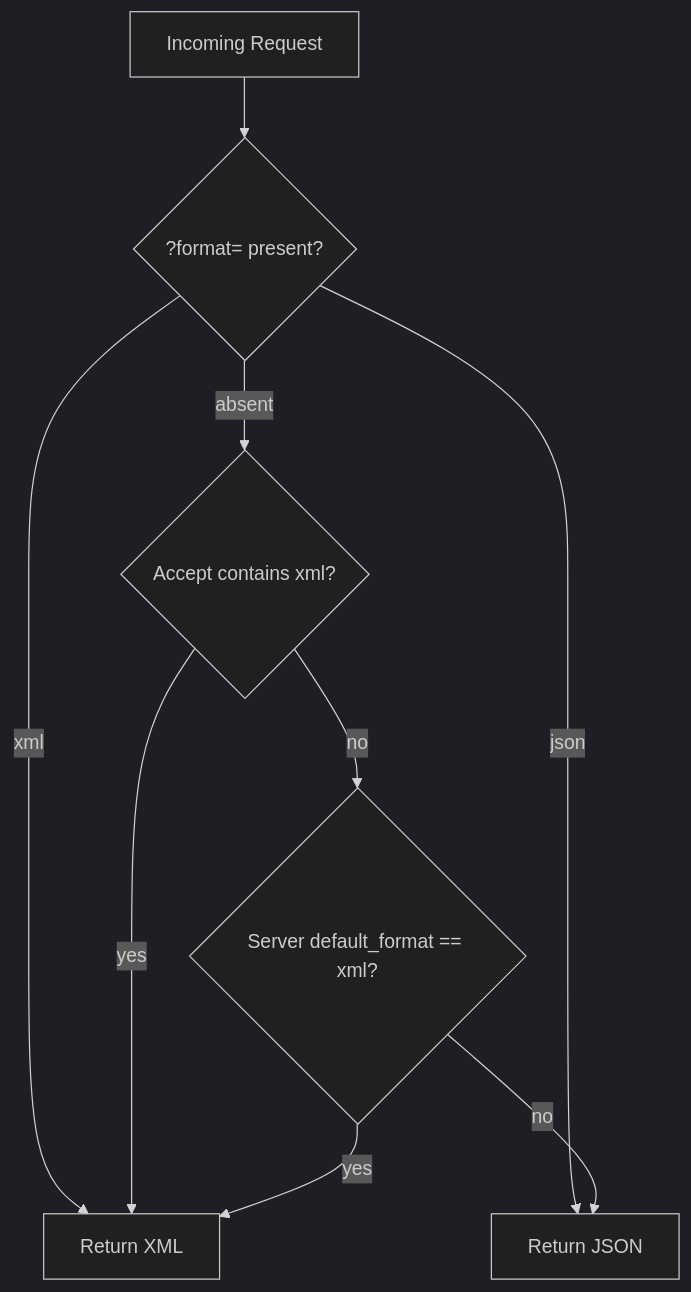
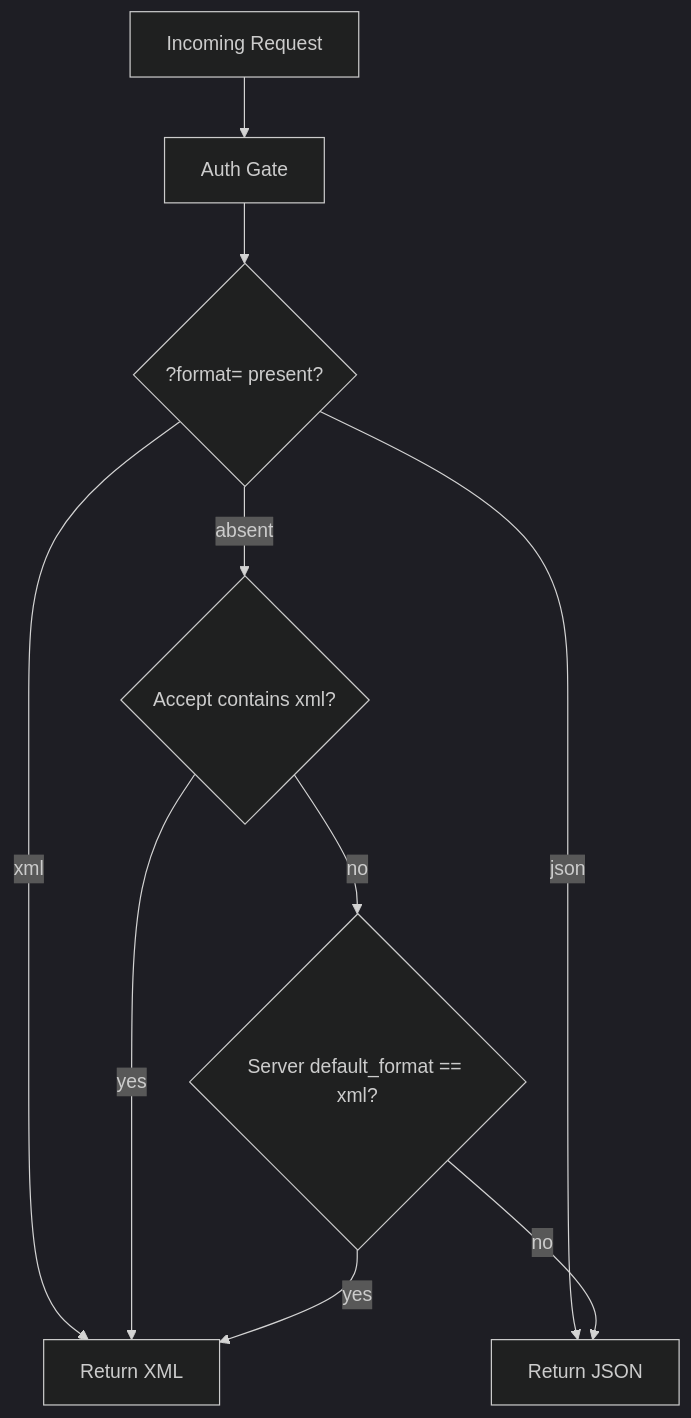
One commit to hsmbanlance/HsBaSlicer changed the sixth of 9 diagrams in .qoder/repowiki/en/content/Core Modules/REST API Server.md. Above: the diagram before and after it, drawn with Mermaid (dark theme). The commit also changed other lines of this file and 101 other files, not shown here.

````diff
--- a/.qoder/repowiki/en/content/Core Modules/REST API Server.md
+++ b/.qoder/repowiki/en/content/Core Modules/REST API Server.md
@@ -192,11 +342,12 @@
 ```mermaid
 flowchart TD
-Req["Incoming Request"] --> CheckQuery{"?format= present?"}
+Req["Incoming Request"] --> Auth["Auth Gate"]
+Auth --> CheckQuery{"?format= present?"}
 CheckQuery --> |xml| XmlResp["Return XML"]
 CheckQuery --> |json| JsonResp["Return JSON"]
 CheckQuery --> |absent| CheckAccept{"Accept contains xml?"}
 CheckAccept --> |yes| XmlResp
 CheckAccept --> |no| CheckDefault{"Server default_format == xml?"}
 CheckDefault --> |yes| XmlResp
 CheckDefault --> |no| JsonResp
 ```
````
